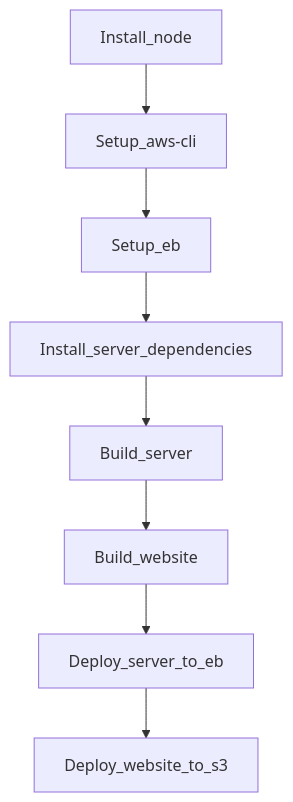
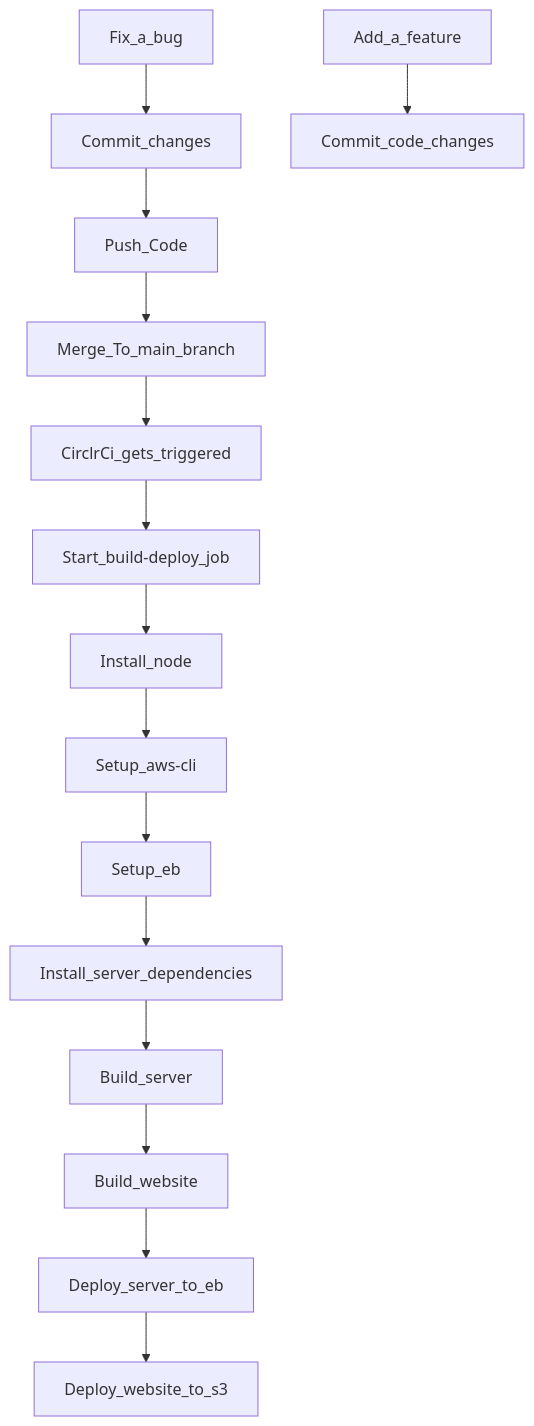
The diagram in pipeline-process.md (AhmedGomaa013/Storefront-Backend-FWD-Nanodegree), drawn with Mermaid before and after one commit.

Commit message:
doc: updated pipeline-process.md file

````diff
--- a/pipeline-process.md
+++ b/pipeline-process.md
@@ -4,4 +4,7 @@
 ```mermaid
 graph TD;
-    Install_node --> Setup_aws-cli -->Setup_eb --> Install_server_dependencies --> Build_server --> Build_website --> Deploy_server_to_eb --> Deploy_website_to_s3;
+    Fix_a_bug --> Commit_changes;
+    Add_a_feature --> Commit_code_changes;
+    Commit_changes --> Push_Code --> Merge_To_main_branch --> CirclrCi_gets_triggered --> Start_build-deploy_job --> Install_node;
+    Install_node --> Setup_aws-cli --> Setup_eb --> Install_server_dependencies --> Build_server --> Build_website --> Deploy_server_to_eb --> Deploy_website_to_s3;
 ```
````
